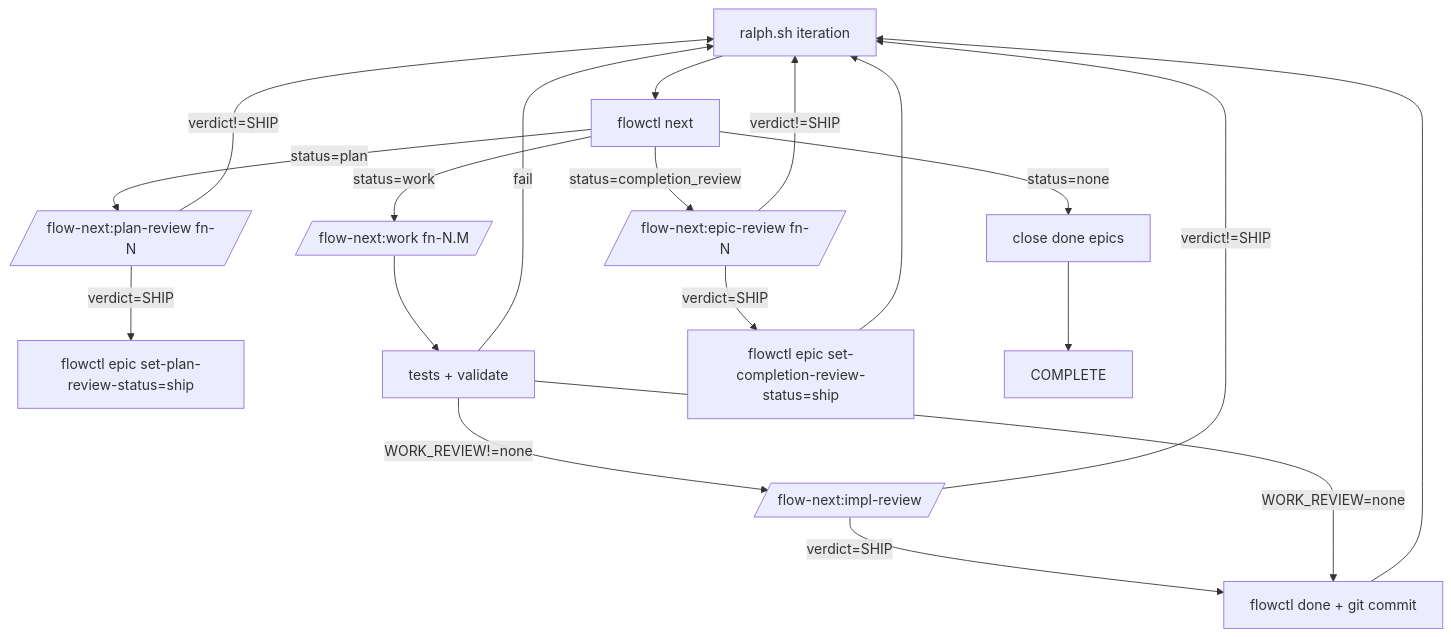
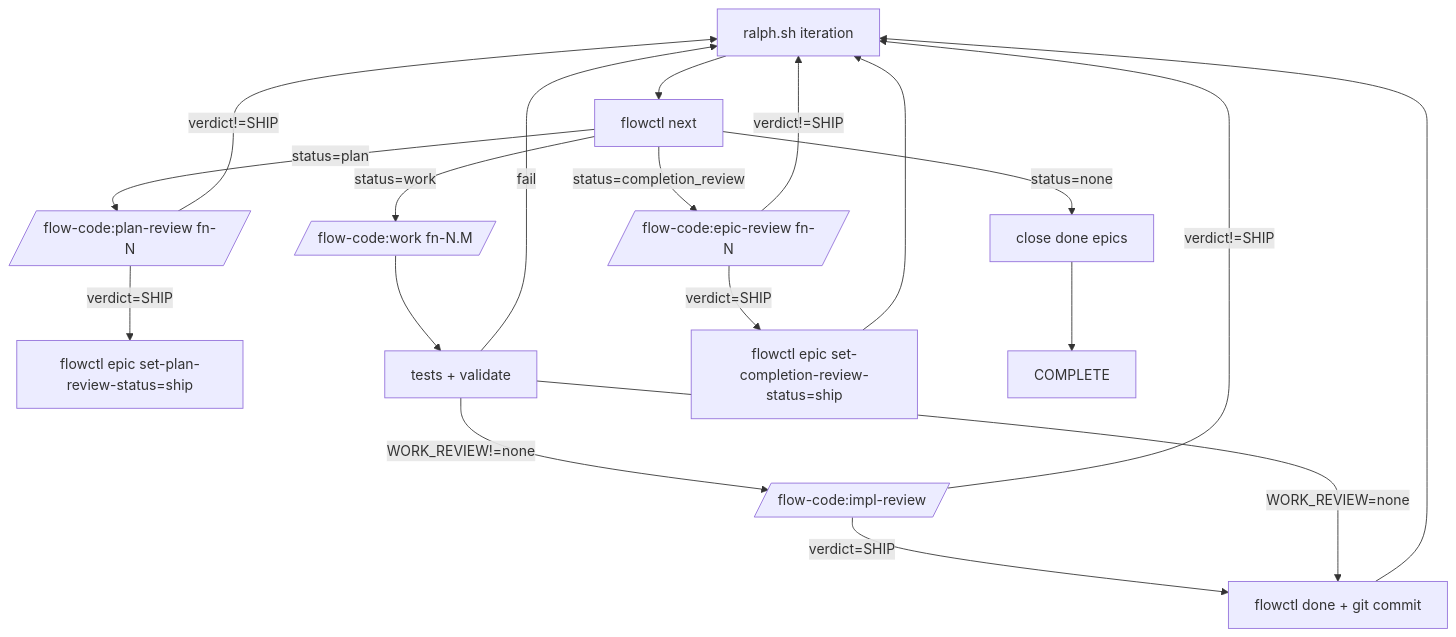
One commit to z23cc/flow-code changed the second of 2 diagrams in README.md. Above: the diagram before and after it, drawn with Mermaid. The commit also changed other lines of this file and 78 other files, not shown here.

First line of the commit message:
rename: flow-next → flow-code across all dirs, files, and content

````diff
--- a/README.md
+++ b/README.md
@@ -1273,27 +1273,27 @@
 ```mermaid
 flowchart TD
   A[ralph.sh iteration] --> B[flowctl next]
-  B -->|status=plan| C[/flow-next:plan-review fn-N/]
+  B -->|status=plan| C[/flow-code:plan-review fn-N/]
   C -->|verdict=SHIP| D[flowctl epic set-plan-review-status=ship]
   C -->|verdict!=SHIP| A
 
-  B -->|status=work| E[/flow-next:work fn-N.M/]
+  B -->|status=work| E[/flow-code:work fn-N.M/]
   E --> F[tests + validate]
   F -->|fail| A
 
-  F -->|WORK_REVIEW!=none| R[/flow-next:impl-review/]
+  F -->|WORK_REVIEW!=none| R[/flow-code:impl-review/]
   R -->|verdict=SHIP| G[flowctl done + git commit]
   R -->|verdict!=SHIP| A
 
   F -->|WORK_REVIEW=none| G
 
   G --> A
 
-  B -->|status=completion_review| CR[/flow-next:epic-review fn-N/]
+  B -->|status=completion_review| CR[/flow-code:epic-review fn-N/]
   CR -->|verdict=SHIP| CRD[flowctl epic set-completion-review-status=ship]
   CR -->|verdict!=SHIP| A
   CRD --> A
 
   B -->|status=none| H[close done epics]
   H --> I[<promise>COMPLETE</promise>]
 ```
````
